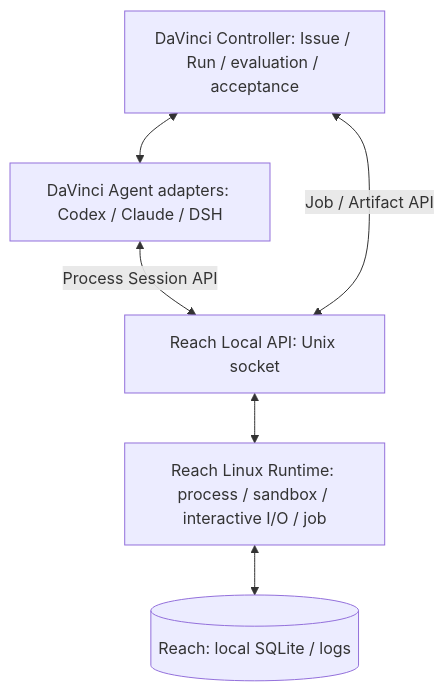
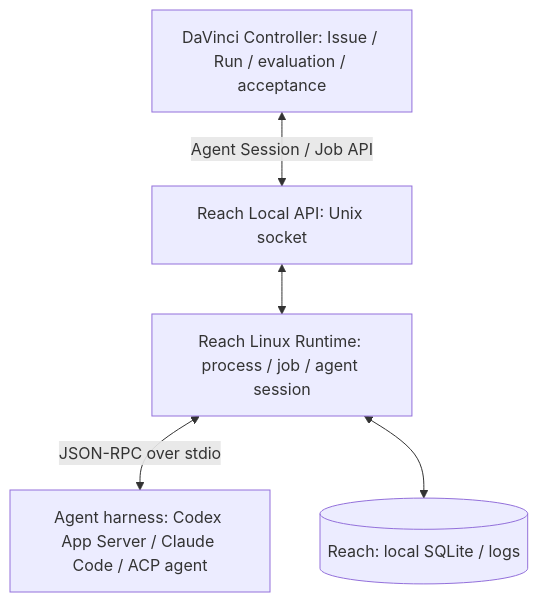
The diagram in docs/davinci-execution-integration.md (takezoh/syntoria-reach), drawn with Mermaid before and after one commit. The commit also changed other lines of this file and 32 other files, not shown here.

```diff
--- a/docs/davinci-execution-integration.md
+++ b/docs/davinci-execution-integration.md
@@ -14,13 +14,12 @@
 ~~~mermaid
 flowchart TB
     Main["DaVinci Controller: Issue / Run / evaluation / acceptance"]
-    Adapter["DaVinci Agent adapters: Codex / Claude / DSH"]
     Local["Reach Local API: Unix socket"]
-    Runtime["Reach Linux Runtime: process / sandbox / interactive I/O / job"]
+    Runtime["Reach Linux Runtime: process / job / agent session"]
+    Harness["Agent harness: Codex App Server / Claude Code / ACP agent"]
     State[("Reach: local SQLite / logs")]
-    Main <--> Adapter
-    Adapter <-->|"Process Session API"| Local
-    Main <-->|"Job / Artifact API"| Local
+    Main <-->|"Agent Session / Job API"| Local
+    Runtime <-->|"JSON-RPC over stdio"| Harness
     Local <--> Runtime
     Runtime <--> State
 ~~~
```
